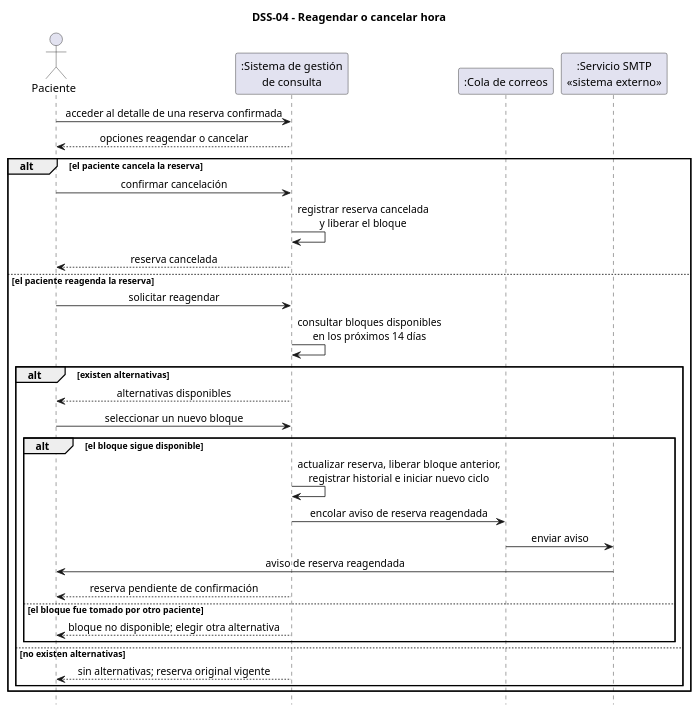
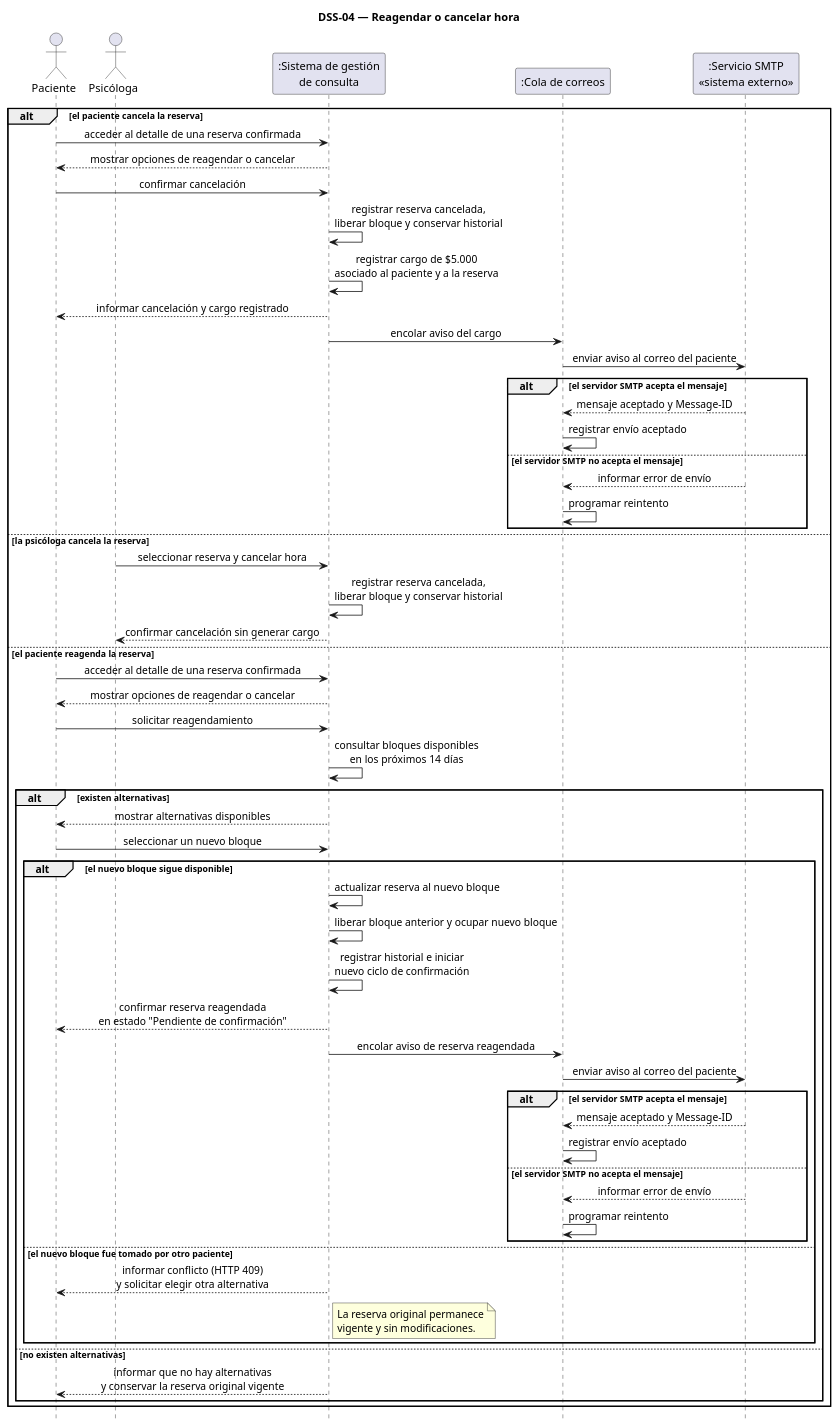
The diagram in diagramas/dss-04.puml (gestion-consulta-psicologica/ingenieria-requisitos), drawn with PlantUML before and after one commit. The commit also changed 48 other files, not shown here.

```diff
--- a/diagramas/dss-04.puml
+++ b/diagramas/dss-04.puml
@@ -1,40 +1,83 @@
 @startuml dss-04
-' DSS-04 - Reagendar o cancelar hora (CU-04 / CU-05, HU-04)
+' DSS-04 — Reagendar o cancelar hora (CU-04 / CU-05, HU-04)
 skinparam shadowing false
 skinparam sequenceMessageAlign center
 hide footbox
-title DSS-04 - Reagendar o cancelar hora
+
+title DSS-04 — Reagendar o cancelar hora
 
 actor "Paciente" as PAC
+actor "Psicóloga" as PSI
 participant ":Sistema de gestión\nde consulta" as SIS
 participant ":Cola de correos" as COLA
 participant ":Servicio SMTP\n<<sistema externo>>" as SMTP
 
-PAC -> SIS : acceder al detalle de una reserva confirmada
-SIS --> PAC : opciones reagendar o cancelar
+alt el paciente cancela la reserva
+  PAC -> SIS : acceder al detalle de una reserva confirmada
+  SIS --> PAC : mostrar opciones de reagendar o cancelar
+  PAC -> SIS : confirmar cancelación
 
-alt el paciente cancela la reserva
-  PAC -> SIS : confirmar cancelación
-  SIS -> SIS : registrar reserva cancelada\ny liberar el bloque
-  SIS --> PAC : reserva cancelada
+  SIS -> SIS : registrar reserva cancelada,\nliberar bloque y conservar historial
+  SIS -> SIS : registrar cargo de $5.000\nasociado al paciente y a la reserva
+
+  SIS --> PAC : informar cancelación y cargo registrado
+
+  SIS -> COLA : encolar aviso del cargo
+  COLA -> SMTP : enviar aviso al correo del paciente
+
+  alt el servidor SMTP acepta el mensaje
+    SMTP --> COLA : mensaje aceptado y Message-ID
+    COLA -> COLA : registrar envío aceptado
+  else el servidor SMTP no acepta el mensaje
+    SMTP --> COLA : informar error de envío
+    COLA -> COLA : programar reintento
+  end
+
+else la psicóloga cancela la reserva
+  PSI -> SIS : seleccionar reserva y cancelar hora
+  SIS -> SIS : registrar reserva cancelada,\nliberar bloque y conservar historial
+  SIS --> PSI : confirmar cancelación sin generar cargo
 
 else el paciente reagenda la reserva
-  PAC -> SIS : solicitar reagendar
+  PAC -> SIS : acceder al detalle de una reserva confirmada
+  SIS --> PAC : mostrar opciones de reagendar o cancelar
+
+  PAC -> SIS : solicitar reagendamiento
   SIS -> SIS : consultar bloques disponibles\nen los próximos 14 días
+
   alt existen alternativas
-    SIS --> PAC : alternativas disponibles
+    SIS --> PAC : mostrar alternativas disponibles
     PAC -> SIS : seleccionar un nuevo bloque
-    alt el bloque sigue disponible
-      SIS -> SIS : actualizar reserva, liberar bloque anterior,\nregistrar historial e iniciar nuevo ciclo
+
+    alt el nuevo bloque sigue disponible
+      SIS -> SIS : actualizar reserva al nuevo bloque
+      SIS -> SIS : liberar bloque anterior y ocupar nuevo bloque
+      SIS -> SIS : registrar historial e iniciar\nnuevo ciclo de confirmación
+
+      SIS --> PAC : confirmar reserva reagendada\nen estado "Pendiente de confirmación"
+
       SIS -> COLA : encolar aviso de reserva reagendada
-      COLA -> SMTP : enviar aviso
-      SMTP -> PAC : aviso de reserva reagendada
-      SIS --> PAC : reserva pendiente de confirmación
-    else el bloque fue tomado por otro paciente
-      SIS --> PAC : bloque no disponible; elegir otra alternativa
+      COLA -> SMTP : enviar aviso al correo del paciente
+
+      alt el servidor SMTP acepta el mensaje
+        SMTP --> COLA : mensaje aceptado y Message-ID
+        COLA -> COLA : registrar envío aceptado
+      else el servidor SMTP no acepta el mensaje
+        SMTP --> COLA : informar error de envío
+        COLA -> COLA : programar reintento
+      end
+
+    else el nuevo bloque fue tomado por otro paciente
+      SIS --> PAC : informar conflicto (HTTP 409)\ny solicitar elegir otra alternativa
+      note right of SIS
+        La reserva original permanece
+        vigente y sin modificaciones.
+      end note
     end
+
   else no existen alternativas
-    SIS --> PAC : sin alternativas; reserva original vigente
+    SIS --> PAC : informar que no hay alternativas\ny conservar la reserva original vigente
   end
 end
+
 @enduml
```
